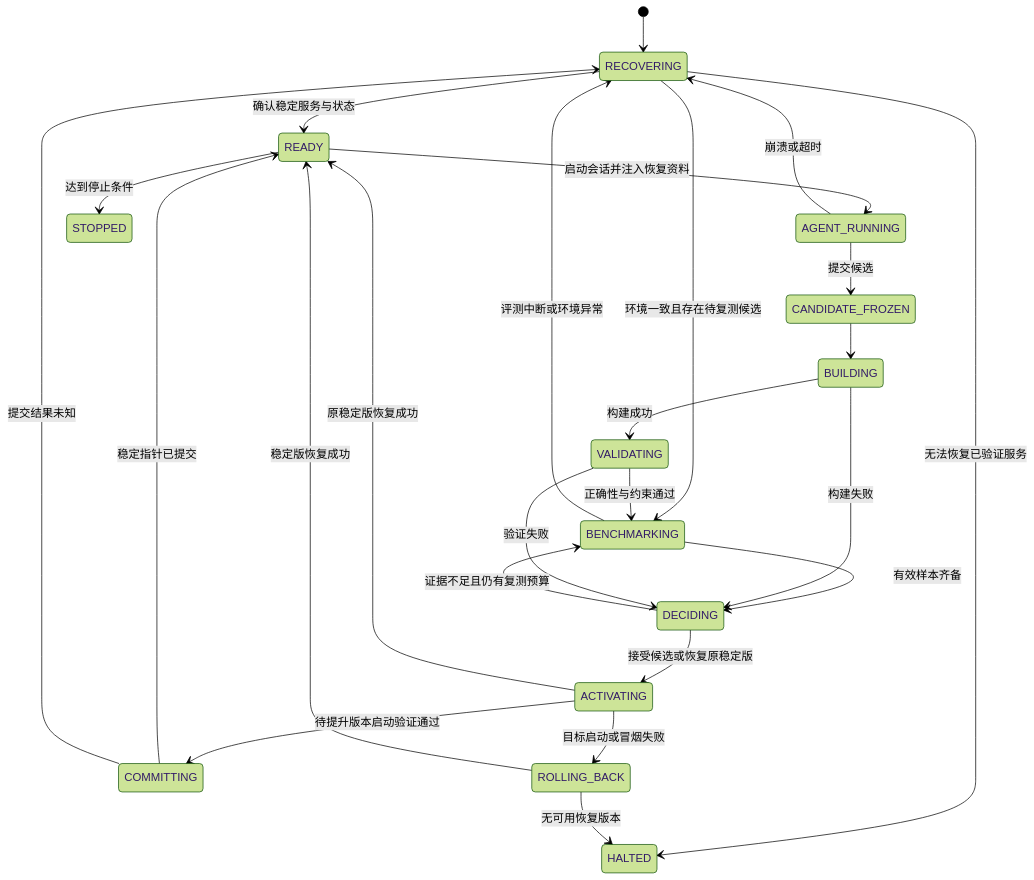
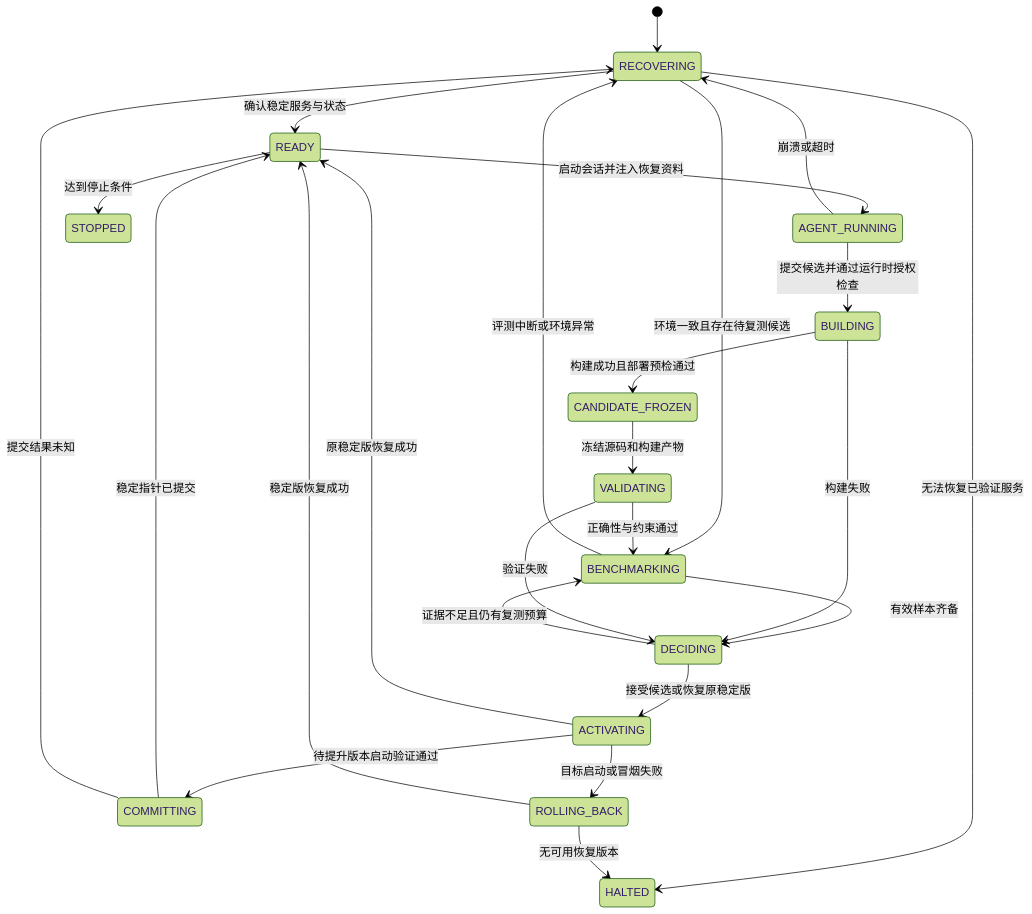
One commit to Moonandstar051028/VibeForge changed the diagram in docs/02-iteration-and-recovery.md. Above: the diagram before and after it, drawn with Mermaid (forest theme). The commit also changed other lines of this file and 84 other files, not shown here.

````diff
--- a/docs/02-iteration-and-recovery.md
+++ b/docs/02-iteration-and-recovery.md
@@ -47,27 +47,27 @@
 ```mermaid
 stateDiagram-v2
     [*] --> RECOVERING
     RECOVERING --> READY: 确认稳定服务与状态
     RECOVERING --> BENCHMARKING: 环境一致且存在待复测候选
     RECOVERING --> HALTED: 无法恢复已验证服务
     READY --> AGENT_RUNNING: 启动会话并注入恢复资料
-    AGENT_RUNNING --> CANDIDATE_FROZEN: 提交候选
-    CANDIDATE_FROZEN --> BUILDING
-    BUILDING --> VALIDATING: 构建成功
+    AGENT_RUNNING --> BUILDING: 提交候选并通过运行时授权检查
+    BUILDING --> CANDIDATE_FROZEN: 构建成功且部署预检通过
+    CANDIDATE_FROZEN --> VALIDATING: 冻结源码和构建产物
     VALIDATING --> BENCHMARKING: 正确性与约束通过
     BENCHMARKING --> DECIDING: 有效样本齐备
     BUILDING --> DECIDING: 构建失败
     VALIDATING --> DECIDING: 验证失败
     DECIDING --> BENCHMARKING: 证据不足且仍有复测预算
     DECIDING --> ACTIVATING: 接受候选或恢复原稳定版
     ACTIVATING --> COMMITTING: 待提升版本启动验证通过
     COMMITTING --> READY: 稳定指针已提交
     COMMITTING --> RECOVERING: 提交结果未知
     ACTIVATING --> READY: 原稳定版恢复成功
     ACTIVATING --> ROLLING_BACK: 目标启动或冒烟失败
     ROLLING_BACK --> READY: 稳定版恢复成功
     ROLLING_BACK --> HALTED: 无可用恢复版本
     AGENT_RUNNING --> RECOVERING: 崩溃或超时
     BENCHMARKING --> RECOVERING: 评测中断或环境异常
     READY --> STOPPED: 达到停止条件
 ```
````
